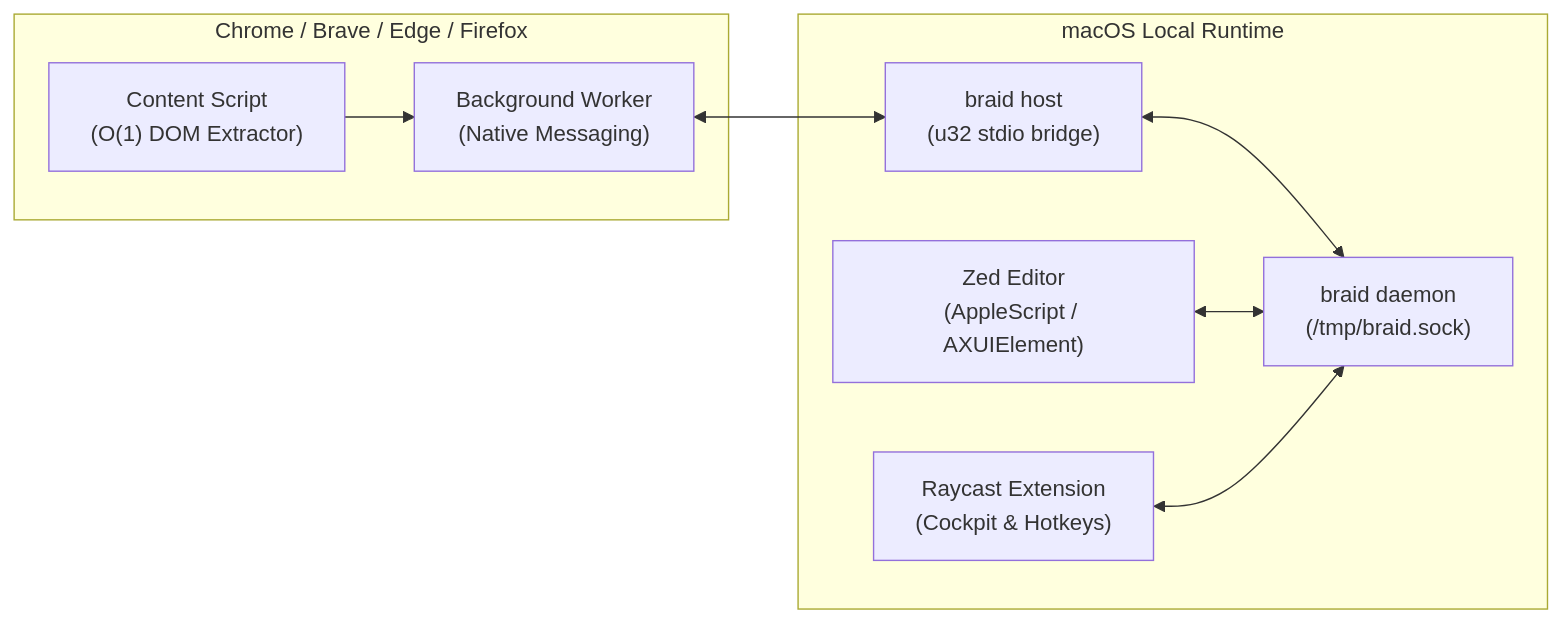
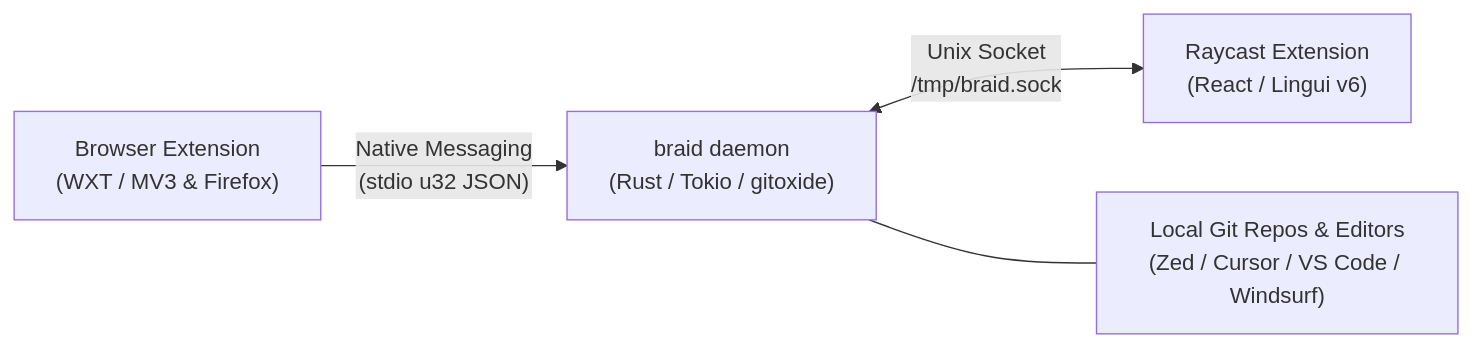
Before and after one commit to elcoosp/context-braid: the diagram in README.md, drawn with Mermaid. The commit also changed other lines of this file, not shown here.

First line of the commit message:
docs(readme): refresh landing page with gitoxide velocity charts, merged PRs, and full URLs

````diff
--- a/README.md
+++ b/README.md
@@ -52,14 +71,6 @@
 ```mermaid
 flowchart LR
-  subgraph Browsers ["Chrome / Brave / Edge / Firefox"]
-    CS["Content Script\n(O(1) DOM Extractor)"] --> BG["Background Worker\n(Native Messaging)"]
-  end
-
-  subgraph LocalMac ["macOS Local Runtime"]
-    HOST["braid host\n(u32 stdio bridge)"] <--> DAEMON["braid daemon\n(/tmp/braid.sock)"]
-    ZED["Zed Editor\n(AppleScript / AXUIElement)"] <--> DAEMON
-    RC["Raycast Extension\n(Cockpit & Hotkeys)"] <--> DAEMON
-  end
-
-  BG <--> HOST
+  EXT["Browser Extension<br/>(WXT / MV3 & Firefox)"] -- "Native Messaging<br/>(stdio u32 JSON)" --> DAEMON["braid daemon<br/>(Rust / Tokio / gitoxide)"]
+  DAEMON <-- "Unix Socket<br/>/tmp/braid.sock" --> RAY["Raycast Extension<br/>(React / Lingui v6)"]
+  DAEMON --- GIT["Local Git Repos & Editors<br/>(Zed / Cursor / VS Code / Windsurf)"]
 ```
````
